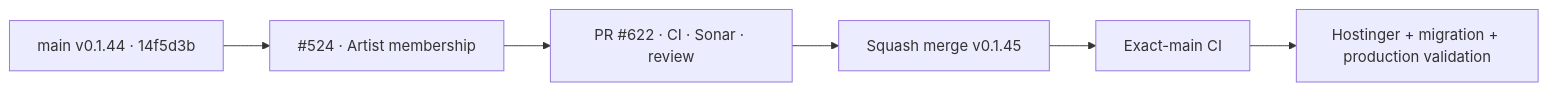
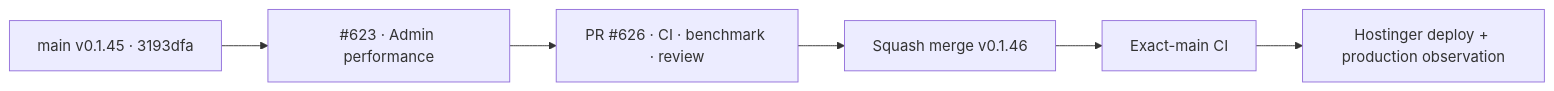
Before and after one commit to pl0n3r/brvtal: the diagram in README.md, drawn with Mermaid. The commit also changed other lines of this file and 38 other files, not shown here.

````diff
--- a/README.md
+++ b/README.md
@@ -53,8 +52,8 @@
 ```mermaid
 flowchart LR
- B["main v0.1.44 · 14f5d3b"] --> S["#524 · Artist membership"]
- S --> P["PR #622 · CI · Sonar · review"]
- P --> M["Squash merge v0.1.45"]
+ B["main v0.1.45 · 3193dfa"] --> S["#623 · Admin performance"]
+ S --> P["PR #626 · CI · benchmark · review"]
+ P --> M["Squash merge v0.1.46"]
  M --> X["Exact-main CI"]
- X --> D["Hostinger + migration + production validation"]
+ X --> D["Hostinger deploy + production observation"]
 ```
````
